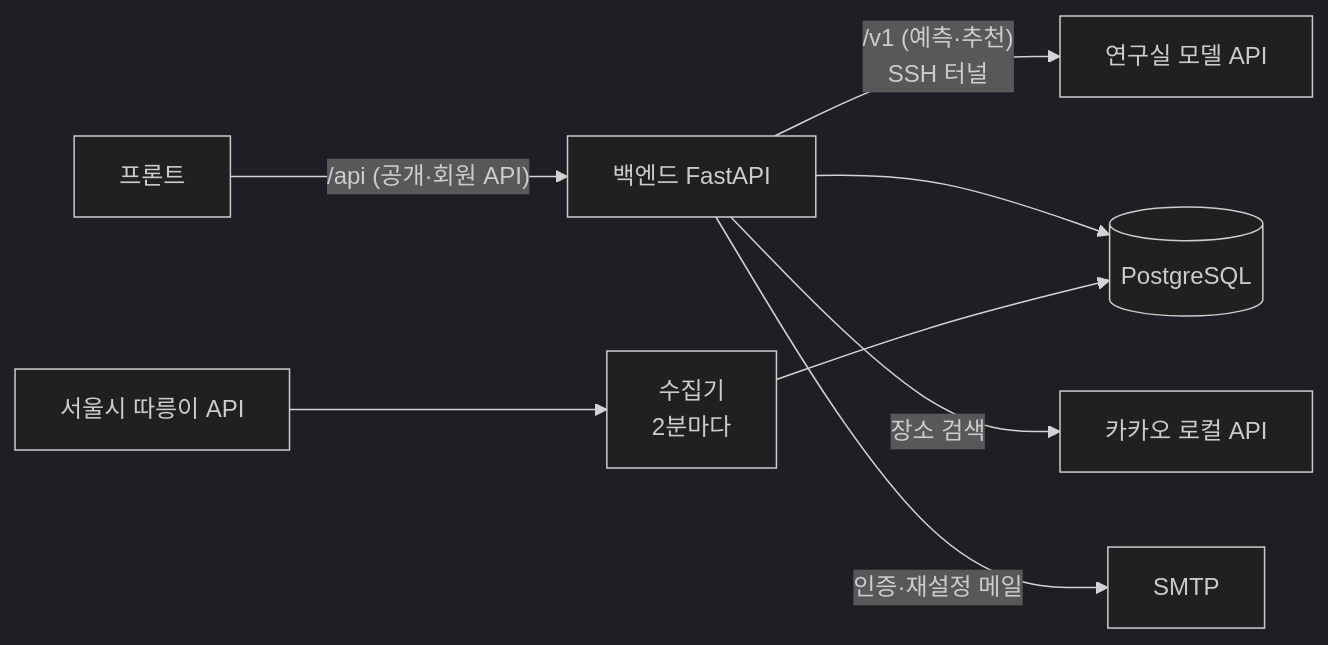
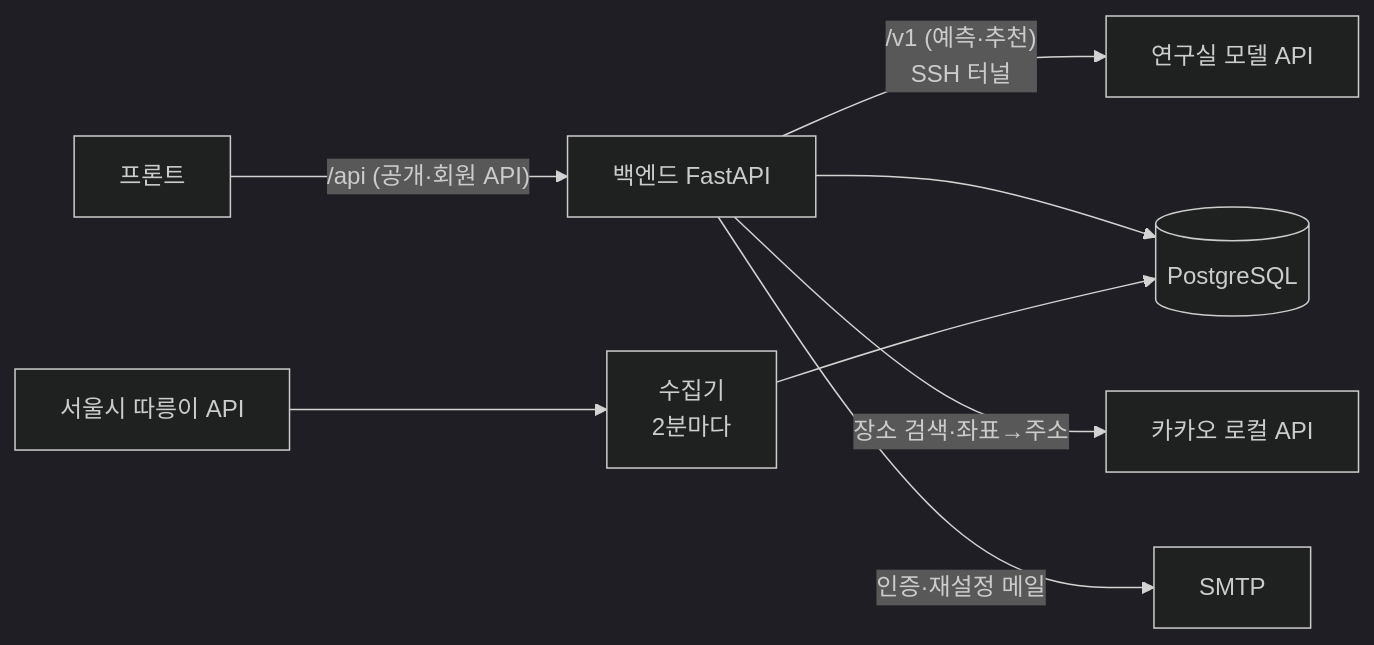
One commit to Honggyu-Chun/seoul-bike-risk-forecast changed the first of 6 diagrams in backend/docs/DECISIONS.md. Above: the diagram before and after it, drawn with Mermaid (dark theme). The commit also changed other lines of this file and 7 other files, not shown here.

````diff
--- a/backend/docs/DECISIONS.md
+++ b/backend/docs/DECISIONS.md
@@ -32,10 +33,10 @@
 ```mermaid
 flowchart LR
     FE[프론트] -- "/api (공개·회원 API)" --> BE[백엔드 FastAPI]
     BE -- "/v1 (예측·추천)<br/>SSH 터널" --> AI[연구실 모델 API]
     BE --> DB[(PostgreSQL)]
     COL[수집기<br/>2분마다] --> DB
     SEOUL[서울시 따릉이 API] --> COL
-    BE -- "장소 검색" --> KAKAO[카카오 로컬 API]
+    BE -- "장소 검색·좌표→주소" --> KAKAO[카카오 로컬 API]
     BE -- "인증·재설정 메일" --> SMTP[SMTP]
 ```
````
